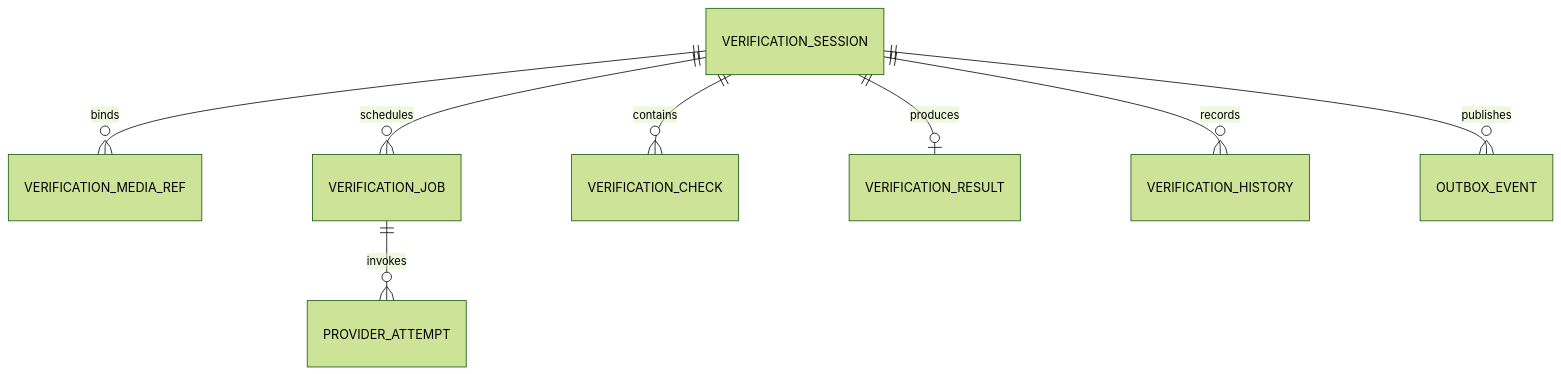
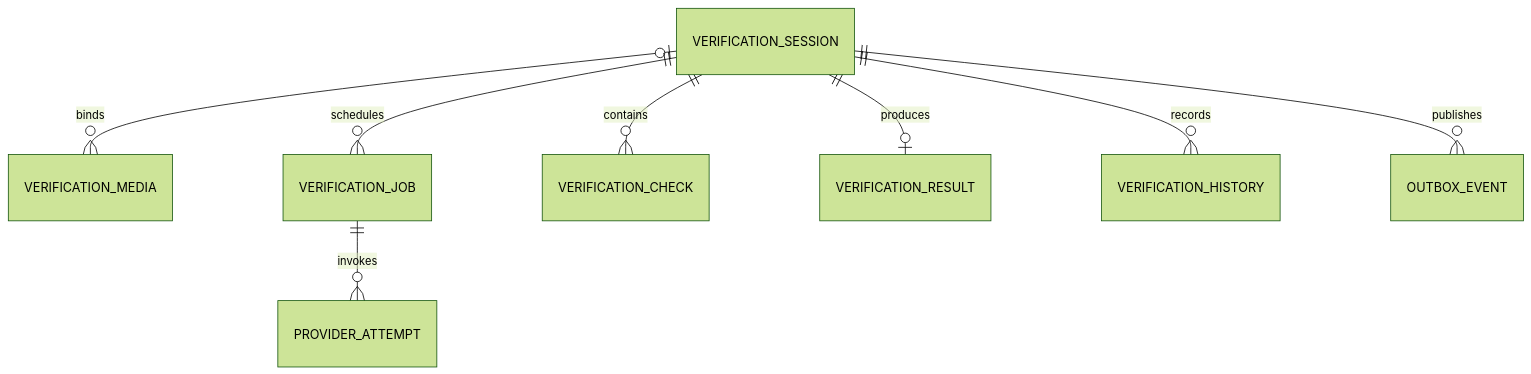
Before and after one commit to huynv-xyz/vhm: the eighth of 8 diagrams in noxh.md, drawn with Mermaid (forest theme). The commit also changed other lines of this file, not shown here.

````diff
--- a/noxh.md
+++ b/noxh.md
@@ -577,10 +629,10 @@
 ```mermaid
 erDiagram
-    VERIFICATION_SESSION ||--o{ VERIFICATION_MEDIA_REF : binds
+    VERIFICATION_SESSION o|--o{ VERIFICATION_MEDIA : binds
     VERIFICATION_SESSION ||--o{ VERIFICATION_JOB : schedules
     VERIFICATION_JOB ||--o{ PROVIDER_ATTEMPT : invokes
     VERIFICATION_SESSION ||--o{ VERIFICATION_CHECK : contains
     VERIFICATION_SESSION ||--o| VERIFICATION_RESULT : produces
     VERIFICATION_SESSION ||--o{ VERIFICATION_HISTORY : records
     VERIFICATION_SESSION ||--o{ OUTBOX_EVENT : publishes
 ```
````
